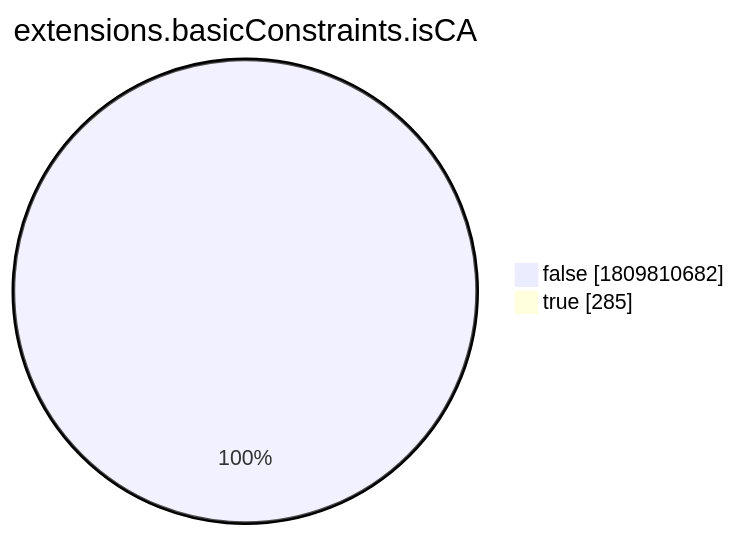
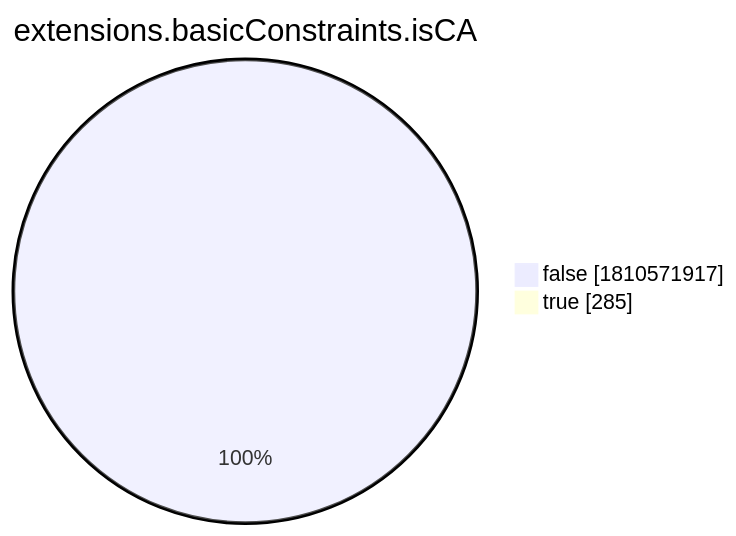
The eighth of 15 diagrams in xenon2022/README.md (christiankrug/ctmonitor_visualization), drawn with Mermaid before and after one commit. The commit also changed other lines of this file, not shown here.

````diff
--- a/xenon2022/README.md
+++ b/xenon2022/README.md
@@ -2868,6 +2868,6 @@
 ```mermaid
 pie showData
 title extensions.basicConstraints.isCA
-"false" :1809810682
+"false" :1810571917
 "true" :285
 ```
````
